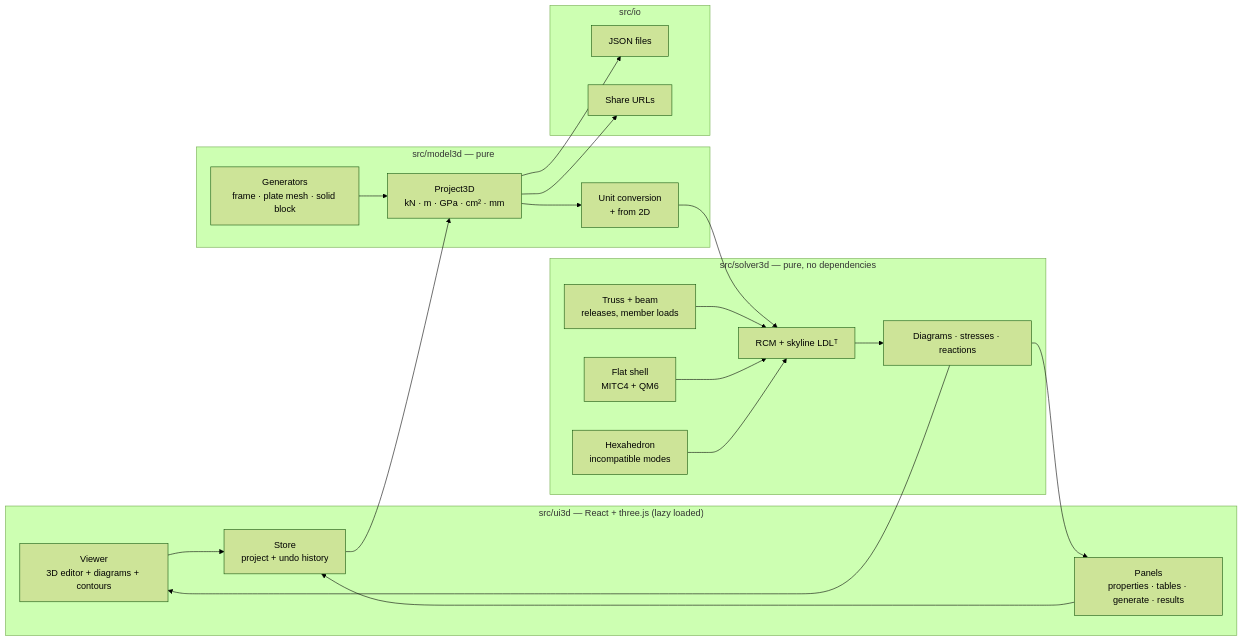
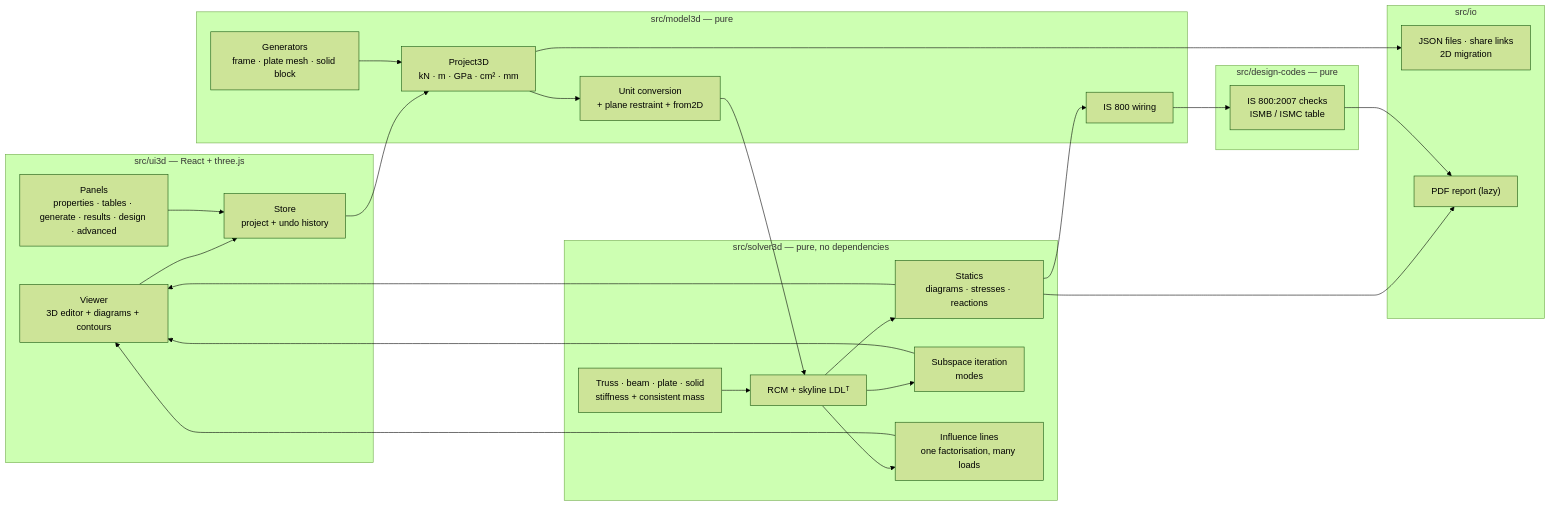
Before and after one commit to WruceBayne29/frameforge: the diagram in README.md, drawn with Mermaid (forest theme). The commit also changed other lines of this file and 10 other files, not shown here.

Commit message:
docs: one 3D app — README, theory (plane mode, mass, eigen solver, influence lines, biaxial IS 800), contributing, CV, LinkedIn, issue templates

````diff
--- a/README.md
+++ b/README.md
@@ -419,37 +329,45 @@
 ```mermaid
 flowchart LR
-    subgraph UI3["src/ui3d — React + three.js (lazy loaded)"]
+    subgraph UI["src/ui3d — React + three.js"]
         Viewer["Viewer<br/>3D editor + diagrams + contours"]
-        Panels3["Panels<br/>properties · tables · generate · results"]
-        Store3["Store<br/>project + undo history"]
+        Panels["Panels<br/>properties · tables · generate · results · design · advanced"]
+        Store["Store<br/>project + undo history"]
     end
-    subgraph Model3["src/model3d — pure"]
-        Project3["Project3D<br/>kN · m · GPa · cm² · mm"]
+    subgraph Model["src/model3d — pure"]
+        Project["Project3D<br/>kN · m · GPa · cm² · mm"]
         Gen["Generators<br/>frame · plate mesh · solid block"]
-        Convert3["Unit conversion<br/>+ from 2D"]
+        Convert["Unit conversion<br/>+ plane restraint + from2D"]
+        Design["IS 800 wiring"]
     end
-    subgraph Solver3["src/solver3d — pure, no dependencies"]
-        Line["Truss + beam<br/>releases, member loads"]
-        Plate["Flat shell<br/>MITC4 + QM6"]
-        Solid["Hexahedron<br/>incompatible modes"]
+    subgraph Solver["src/solver3d — pure, no dependencies"]
+        Elements["Truss · beam · plate · solid<br/>stiffness + consistent mass"]
         Skyline["RCM + skyline LDLᵀ"]
-        Recover3["Diagrams · stresses · reactions"]
+        Statics["Statics<br/>diagrams · stresses · reactions"]
+        Modal["Subspace iteration<br/>modes"]
+        Influence["Influence lines<br/>one factorisation, many loads"]
     end
-    subgraph IO3["src/io"]
-        Json3["JSON files"]
-        Share3["Share URLs"]
+    subgraph Codes["src/design-codes — pure"]
+        IS800["IS 800:2007 checks<br/>ISMB / ISMC table"]
+    end
+    subgraph IO["src/io"]
+        Files["JSON files · share links<br/>2D migration"]
+        Pdf["PDF report (lazy)"]
     end
 
-    Viewer --> Store3
-    Panels3 --> Store3
-    Store3 --> Project3
-    Gen --> Project3
-    Project3 --> Convert3 --> Skyline
-    Line --> Skyline
-    Plate --> Skyline
-    Solid --> Skyline
-    Skyline --> Recover3 --> Viewer
-    Recover3 --> Panels3
-    Project3 --> Json3
-    Project3 --> Share3
+    Viewer --> Store
+    Panels --> Store
+    Store --> Project
+    Gen --> Project
+    Project --> Convert --> Skyline
+    Elements --> Skyline
+    Skyline --> Statics
+    Skyline --> Modal
+    Skyline --> Influence
+    Statics --> Design --> IS800
+    Statics --> Viewer
+    Modal --> Viewer
+    Influence --> Viewer
+    Project --> Files
+    Statics --> Pdf
+    IS800 --> Pdf
 ```
````
